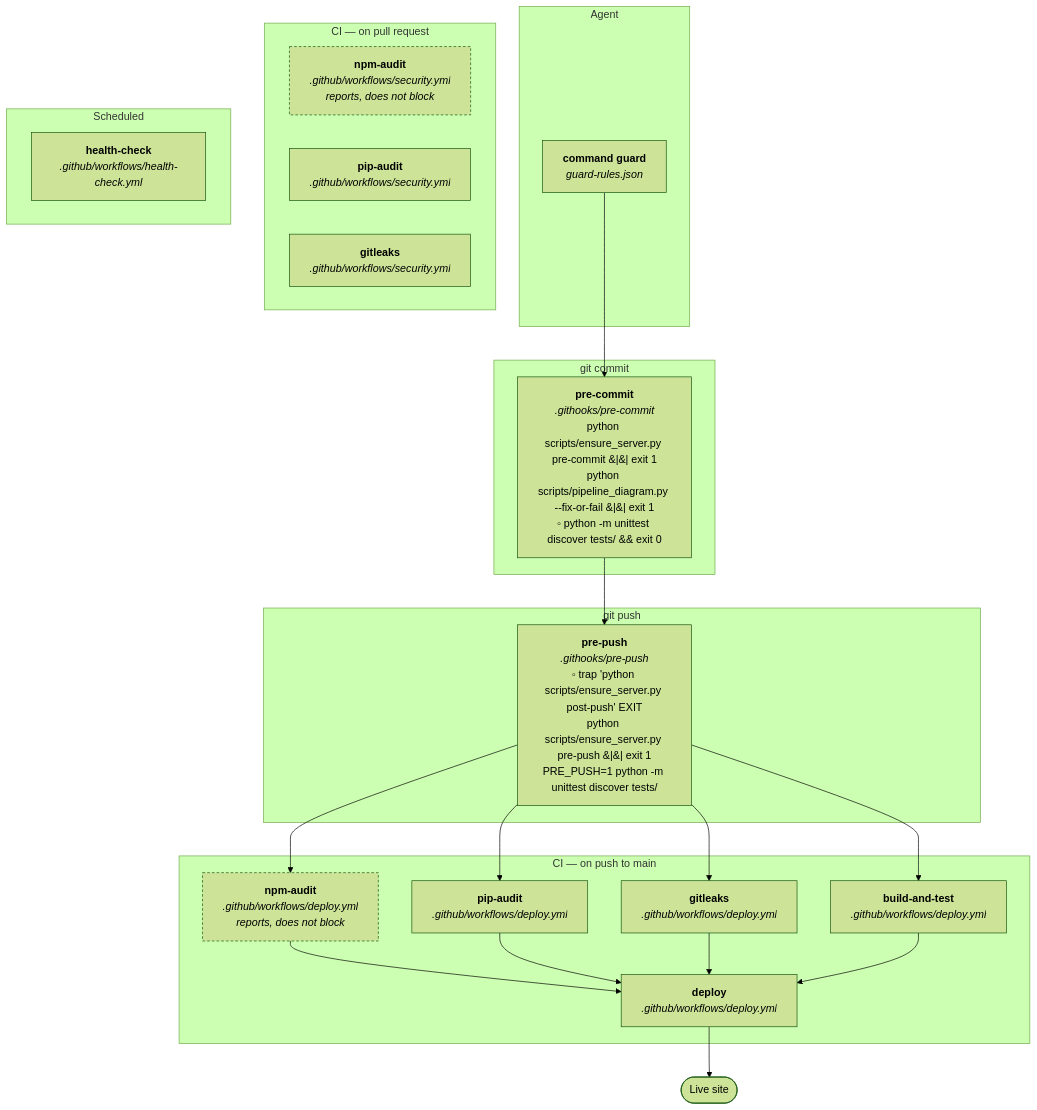
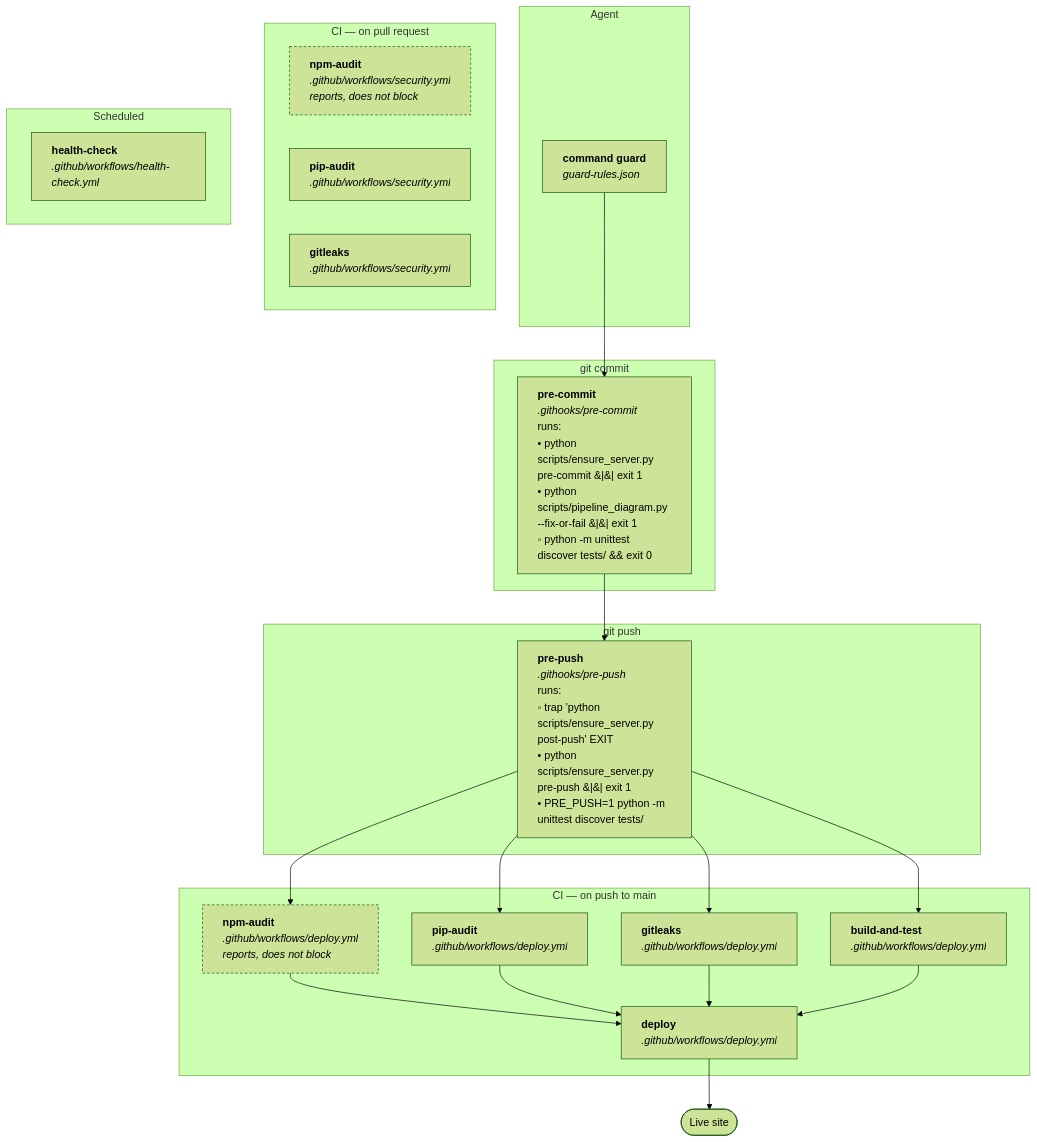
The diagram in README.md (buedaswag/landing-page), drawn with Mermaid (forest theme) before and after one commit. The commit also changed 1 other file, not shown here.

Commit message:
Format hook boxes as a left-aligned bullet list
Name in bold, source below it, then 'runs:' and one bullet per command --
a solid bullet for a step that gates, a hollow one for a step that reports.

````diff
--- a/README.md
+++ b/README.md
@@ -99,41 +99,41 @@
 ```mermaid
 graph TD
     subgraph agent["Agent"]
-        command_guard["<b>command guard</b><br/><i>guard-rules.json</i>"]
+        command_guard["<div style='text-align:left'><b>command guard</b><br/><i>guard-rules.json</i></div>"]
     end
     subgraph commit["git commit"]
-        pre_commit["<b>pre-commit</b><br/><i>.githooks/pre-commit</i><br/>python scripts/ensure_server.py pre-commit &#124;&#124; exit 1<br/>python scripts/pipeline_diagram.py --fix-or-fail &#124;&#124; exit 1<br/>◦ python -m unittest discover tests/ &amp;&amp; exit 0"]
+        pre_commit["<div style='text-align:left'><b>pre-commit</b><br/><i>.githooks/pre-commit</i><br/>runs:<br/>• python scripts/ensure_server.py pre-commit &#124;&#124; exit 1<br/>• python scripts/pipeline_diagram.py --fix-or-fail &#124;&#124; exit 1<br/>◦ python -m unittest discover tests/ &amp;&amp; exit 0</div>"]
     end
     subgraph push["git push"]
-        pre_push["<b>pre-push</b><br/><i>.githooks/pre-push</i><br/>◦ trap 'python scripts/ensure_server.py post-push' EXIT<br/>python scripts/ensure_server.py pre-push &#124;&#124; exit 1<br/>PRE_PUSH=1 python -m unittest discover tests/"]
+        pre_push["<div style='text-align:left'><b>pre-push</b><br/><i>.githooks/pre-push</i><br/>runs:<br/>◦ trap 'python scripts/ensure_server.py post-push' EXIT<br/>• python scripts/ensure_server.py pre-push &#124;&#124; exit 1<br/>• PRE_PUSH=1 python -m unittest discover tests/</div>"]
     end
     subgraph ci["CI — on push to main"]
-        deploy_npm_audit["<b>npm-audit</b><br/><i>.github/workflows/deploy.yml</i><br/><i>reports, does not block</i>"]
-        deploy_pip_audit["<b>pip-audit</b><br/><i>.github/workflows/deploy.yml</i>"]
-        deploy_gitleaks["<b>gitleaks</b><br/><i>.github/workflows/deploy.yml</i>"]
-        deploy_build_and_test["<b>build-and-test</b><br/><i>.github/workflows/deploy.yml</i>"]
-        deploy_deploy["<b>deploy</b><br/><i>.github/workflows/deploy.yml</i>"]
+        deploy_npm_audit["<div style='text-align:left'><b>npm-audit</b><br/><i>.github/workflows/deploy.yml</i><br/><i>reports, does not block</i></div>"]
+        deploy_pip_audit["<div style='text-align:left'><b>pip-audit</b><br/><i>.github/workflows/deploy.yml</i></div>"]
+        deploy_gitleaks["<div style='text-align:left'><b>gitleaks</b><br/><i>.github/workflows/deploy.yml</i></div>"]
+        deploy_build_and_test["<div style='text-align:left'><b>build-and-test</b><br/><i>.github/workflows/deploy.yml</i></div>"]
+        deploy_deploy["<div style='text-align:left'><b>deploy</b><br/><i>.github/workflows/deploy.yml</i></div>"]
     end
     subgraph pr["CI — on pull request"]
-        security_npm_audit["<b>npm-audit</b><br/><i>.github/workflows/security.yml</i><br/><i>reports, does not block</i>"]
-        security_pip_audit["<b>pip-audit</b><br/><i>.github/workflows/security.yml</i>"]
-        security_gitleaks["<b>gitleaks</b><br/><i>.github/workflows/security.yml</i>"]
+        security_npm_audit["<div style='text-align:left'><b>npm-audit</b><br/><i>.github/workflows/security.yml</i><br/><i>reports, does not block</i></div>"]
+        security_pip_audit["<div style='text-align:left'><b>pip-audit</b><br/><i>.github/workflows/security.yml</i></div>"]
+        security_gitleaks["<div style='text-align:left'><b>gitleaks</b><br/><i>.github/workflows/security.yml</i></div>"]
     end
     subgraph scheduled["Scheduled"]
-        health_check_health_check["<b>health-check</b><br/><i>.github/workflows/health-check.yml</i>"]
+        health_check_health_check["<div style='text-align:left'><b>health-check</b><br/><i>.github/workflows/health-check.yml</i></div>"]
     end
     live(["Live site"])
     command_guard --> pre_commit
     pre_commit --> pre_push
     pre_push --> deploy_npm_audit
     pre_push --> deploy_pip_audit
     pre_push --> deploy_gitleaks
     pre_push --> deploy_build_and_test
     deploy_npm_audit --> deploy_deploy
     deploy_pip_audit --> deploy_deploy
     deploy_gitleaks --> deploy_deploy
     deploy_build_and_test --> deploy_deploy
     deploy_deploy --> live
     classDef reports stroke-dasharray: 4 3
     class deploy_npm_audit,security_npm_audit reports
 ```
````
